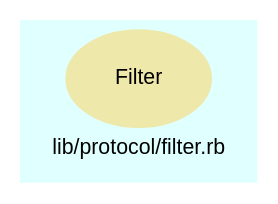
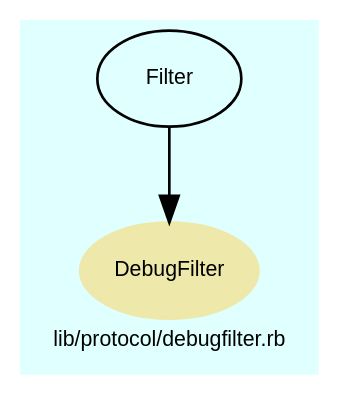
Before and after one commit to Tyche/teensymud: the diagram in doc/dot/f_22.dot, drawn with Graphviz. The commit also changed 215 other files, not shown here.

```diff
--- a/doc/dot/f_22.dot
+++ b/doc/dot/f_22.dot
@@ -1,22 +1,31 @@
 digraph TopLevel {
     compound = true
     bgcolor = lightcyan1
     fontname = Arial
     fontsize = 8
-    label = "lib/protocol/filter.rb"
+    label = "lib/protocol/debugfilter.rb"
     node [
         fontname = Arial,
         fontsize = 8,
         color = black
     ]
 
-    Filter [
+    DebugFilter [
         fontcolor = black,
-        URL = "classes/Filter.html",
+        URL = "classes/DebugFilter.html",
         shape = ellipse,
         color = palegoldenrod,
         style = filled,
+        label = "DebugFilter"
+    ]
+
+    Filter [
+        URL = "classes/Filter.html",
         label = "Filter"
     ]
 
+    Filter -> DebugFilter [
+
+    ]
+
 }
```
